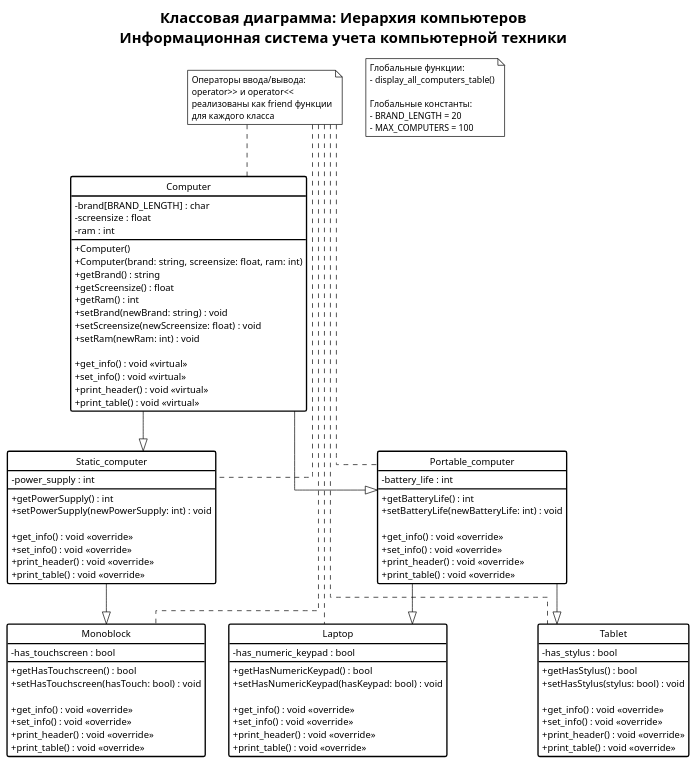
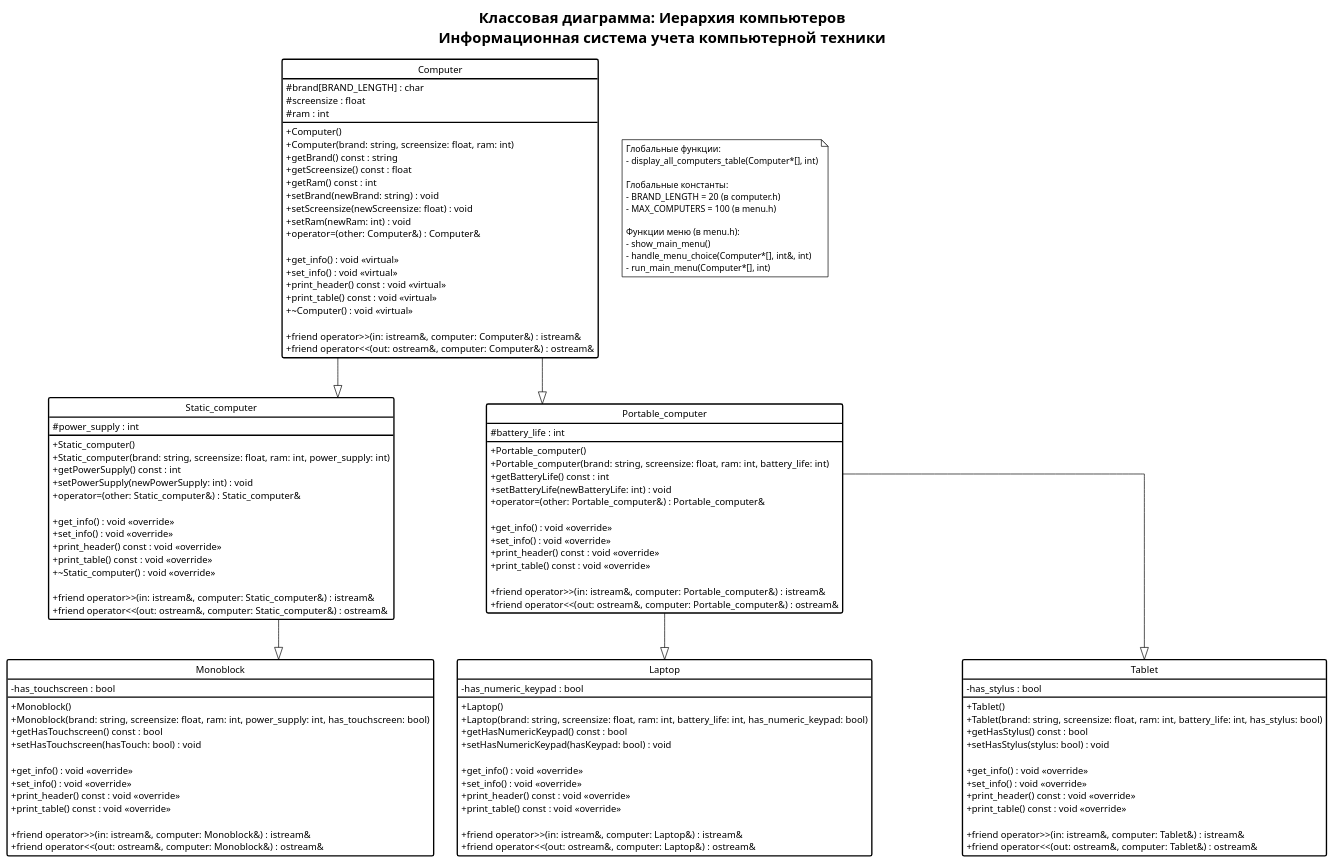
One commit to anotherholeee/CPPLabs changed the diagram in lab3/test.puml. Above: the diagram before and after it, drawn with PlantUML. The commit also changed 5 other files, not shown here.

```diff
--- a/lab3/test.puml
+++ b/lab3/test.puml
@@ -1,144 +1,168 @@
 @startuml ComputerClassDiagramCompact
 
 !theme plain
 
 skinparam linetype ortho
 skinparam classRoundCorner 0
 skinparam classBorderThickness 2
 skinparam classFontName "Times New Roman"
 skinparam classFontSize 14
 skinparam classFontStyle normal
 skinparam classFontColor black
 skinparam classAttributeIconSize 0
 skinparam classBorderColor black
 skinparam classBackgroundColor white
 skinparam classArrowColor black
 skinparam classAbstractFontStyle italic
 skinparam classAbstractFontColor black
 skinparam classAbstractUnderline true
 skinparam inheritanceArrowColor black
 hide circle
 
 title Классовая диаграмма: Иерархия компьютеров\nИнформационная система учета компьютерной техники
 
 ' Базовый класс - вверху посередине
 class Computer {
-  {field} - brand[BRAND_LENGTH] : char
-  {field} - screensize : float
-  {field} - ram : int
+  {field} # brand[BRAND_LENGTH] : char
+  {field} # screensize : float
+  {field} # ram : int
 
   {method} + Computer()
   {method} + Computer(brand: string, screensize: float, ram: int)
-  {method} + getBrand() : string
-  {method} + getScreensize() : float
-  {method} + getRam() : int
+  {method} + getBrand() const : string
+  {method} + getScreensize() const : float
+  {method} + getRam() const : int
   {method} + setBrand(newBrand: string) : void
   {method} + setScreensize(newScreensize: float) : void
   {method} + setRam(newRam: int) : void
+  {method} + operator=(other: Computer&) : Computer&
 
   {method} + get_info() : void <<virtual>>
   {method} + set_info() : void <<virtual>>
-  {method} + print_header() : void <<virtual>>
-  {method} + print_table() : void <<virtual>>
+  {method} + print_header() const : void <<virtual>>
+  {method} + print_table() const : void <<virtual>>
+  {method} + ~Computer() : void <<virtual>>
+
+  {method} + friend operator>>(in: istream&, computer: Computer&) : istream&
+  {method} + friend operator<<(out: ostream&, computer: Computer&) : ostream&
 }
 
 ' Промежуточные классы
 class Static_computer {
-  {field} - power_supply : int
+  {field} # power_supply : int
 
-  {method} + getPowerSupply() : int
+  {method} + Static_computer()
+  {method} + Static_computer(brand: string, screensize: float, ram: int, power_supply: int)
+  {method} + getPowerSupply() const : int
   {method} + setPowerSupply(newPowerSupply: int) : void
+  {method} + operator=(other: Static_computer&) : Static_computer&
 
   {method} + get_info() : void <<override>>
   {method} + set_info() : void <<override>>
-  {method} + print_header() : void <<override>>
-  {method} + print_table() : void <<override>>
+  {method} + print_header() const : void <<override>>
+  {method} + print_table() const : void <<override>>
+  {method} + ~Static_computer() : void <<override>>
+
+  {method} + friend operator>>(in: istream&, computer: Static_computer&) : istream&
+  {method} + friend operator<<(out: ostream&, computer: Static_computer&) : ostream&
 }
 
 class Portable_computer {
-  {field} - battery_life : int
+  {field} # battery_life : int
 
-  {method} + getBatteryLife() : int
+  {method} + Portable_computer()
+  {method} + Portable_computer(brand: string, screensize: float, ram: int, battery_life: int)
+  {method} + getBatteryLife() const : int
   {method} + setBatteryLife(newBatteryLife: int) : void
+  {method} + operator=(other: Portable_computer&) : Portable_computer&
 
   {method} + get_info() : void <<override>>
   {method} + set_info() : void <<override>>
-  {method} + print_header() : void <<override>>
-  {method} + print_table() : void <<override>>
+  {method} + print_header() const : void <<override>>
+  {method} + print_table() const : void <<override>>
+
+  {method} + friend operator>>(in: istream&, computer: Portable_computer&) : istream&
+  {method} + friend operator<<(out: ostream&, computer: Portable_computer&) : ostream&
 }
 
 ' Конкретные классы
 class Monoblock {
   {field} - has_touchscreen : bool
 
-  {method} + getHasTouchscreen() : bool
+  {method} + Monoblock()
+  {method} + Monoblock(brand: string, screensize: float, ram: int, power_supply: int, has_touchscreen: bool)
+  {method} + getHasTouchscreen() const : bool
   {method} + setHasTouchscreen(hasTouch: bool) : void
 
   {method} + get_info() : void <<override>>
   {method} + set_info() : void <<override>>
-  {method} + print_header() : void <<override>>
-  {method} + print_table() : void <<override>>
+  {method} + print_header() const : void <<override>>
+  {method} + print_table() const : void <<override>>
+
+  {method} + friend operator>>(in: istream&, computer: Monoblock&) : istream&
+  {method} + friend operator<<(out: ostream&, computer: Monoblock&) : ostream&
 }
 
 class Laptop {
   {field} - has_numeric_keypad : bool
 
-  {method} + getHasNumericKeypad() : bool
+  {method} + Laptop()
+  {method} + Laptop(brand: string, screensize: float, ram: int, battery_life: int, has_numeric_keypad: bool)
+  {method} + getHasNumericKeypad() const : bool
   {method} + setHasNumericKeypad(hasKeypad: bool) : void
 
   {method} + get_info() : void <<override>>
   {method} + set_info() : void <<override>>
-  {method} + print_header() : void <<override>>
-  {method} + print_table() : void <<override>>
+  {method} + print_header() const : void <<override>>
+  {method} + print_table() const : void <<override>>
+
+  {method} + friend operator>>(in: istream&, computer: Laptop&) : istream&
+  {method} + friend operator<<(out: ostream&, computer: Laptop&) : ostream&
 }
 
 class Tablet {
   {field} - has_stylus : bool
 
-  {method} + getHasStylus() : bool
+  {method} + Tablet()
+  {method} + Tablet(brand: string, screensize: float, ram: int, battery_life: int, has_stylus: bool)
+  {method} + getHasStylus() const : bool
   {method} + setHasStylus(stylus: bool) : void
 
   {method} + get_info() : void <<override>>
   {method} + set_info() : void <<override>>
-  {method} + print_header() : void <<override>>
-  {method} + print_table() : void <<override>>
+  {method} + print_header() const : void <<override>>
+  {method} + print_table() const : void <<override>>
+
+  {method} + friend operator>>(in: istream&, computer: Tablet&) : istream&
+  {method} + friend operator<<(out: ostream&, computer: Tablet&) : ostream&
 }
 
 ' Простая структура с невидимыми связями
 ' Computer вверху
 ' Static_computer и Portable_computer на одном уровне ниже
 ' Monoblock под Static_computer, Laptop и Tablet под Portable_computer
 
 Computer -[hidden]down- dummy1
 dummy1 -[hidden]left- Static_computer
 dummy1 -[hidden]right- Portable_computer
 
 Static_computer -[hidden]down- Monoblock
 
 Portable_computer -[hidden]down- dummy2
 dummy2 -[hidden]left- Laptop
 dummy2 -[hidden]right- Tablet
 
 ' Отношения наследования с прямыми углами
 Computer -down-|> Static_computer
 Computer -down-|> Portable_computer
 Static_computer -down-|> Monoblock
 Portable_computer -down-|> Laptop
 Portable_computer -down-|> Tablet
 
 hide dummy1
 hide dummy2
 
-' Перегрузка операторов (отдельная заметка)
-note "Операторы ввода/вывода:\noperator>> и operator<<\nреализованы как friend функции\nдля каждого класса" as OperatorsNote
-OperatorsNote .. Computer
-OperatorsNote .. Static_computer
-OperatorsNote .. Portable_computer
-OperatorsNote .. Monoblock
-OperatorsNote .. Laptop
-OperatorsNote .. Tablet
-
 ' Вспомогательные функции
-note "Глобальные функции:\n- display_all_computers_table()\n\nГлобальные константы:\n- BRAND_LENGTH = 20\n- MAX_COMPUTERS = 100" as GlobalsNote
+note "Глобальные функции:\n- display_all_computers_table(Computer*[], int)\n\nГлобальные константы:\n- BRAND_LENGTH = 20 (в computer.h)\n- MAX_COMPUTERS = 100 (в menu.h)\n\nФункции меню (в menu.h):\n- show_main_menu()\n- handle_menu_choice(Computer*[], int&, int)\n- run_main_menu(Computer*[], int)" as GlobalsNote
 
 @enduml
```
